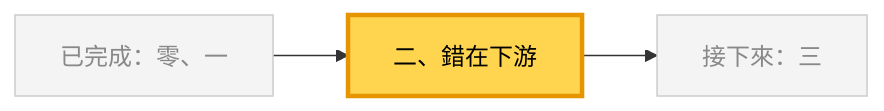
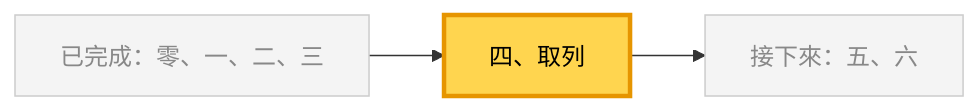
The tenth of 15 diagrams in docs/2.md (4-learn/data-analysis-and-process-demo), drawn with Mermaid before and after one commit. The commit also changed other lines of this file and 189 other files, not shown here.

````diff
--- a/docs/2.md
+++ b/docs/2.md
@@ -192,7 +280,7 @@
 ```mermaid
 flowchart LR
-    P["已完成：零、一"] --> C["二、錯在下游"] --> N["接下來：三"]
+    P["已完成：零、一、二、三"] --> C["四、取列"] --> N["接下來：五、六"]
     classDef other fill:#f4f4f4,stroke:#cccccc,color:#888888
     class P,N other
     style C fill:#ffd54f,stroke:#e69500,stroke-width:3px,color:#000
 ```
````
